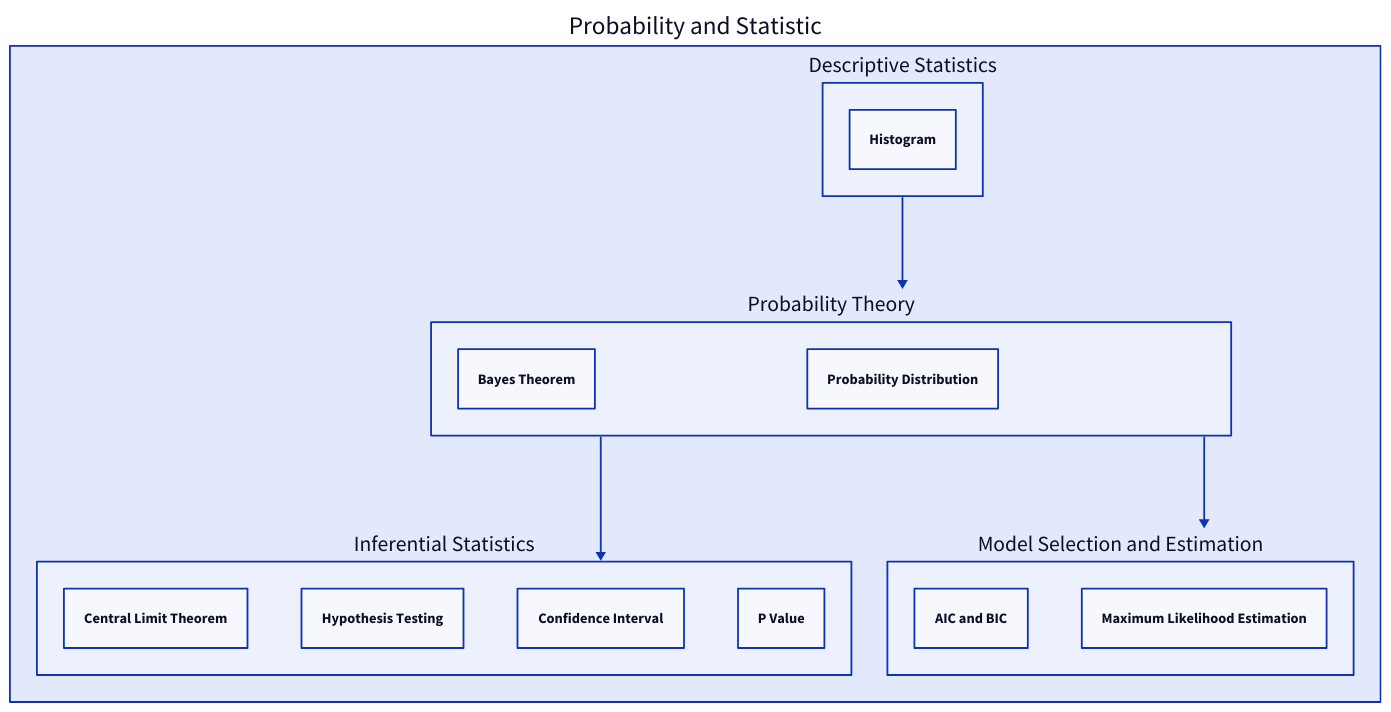
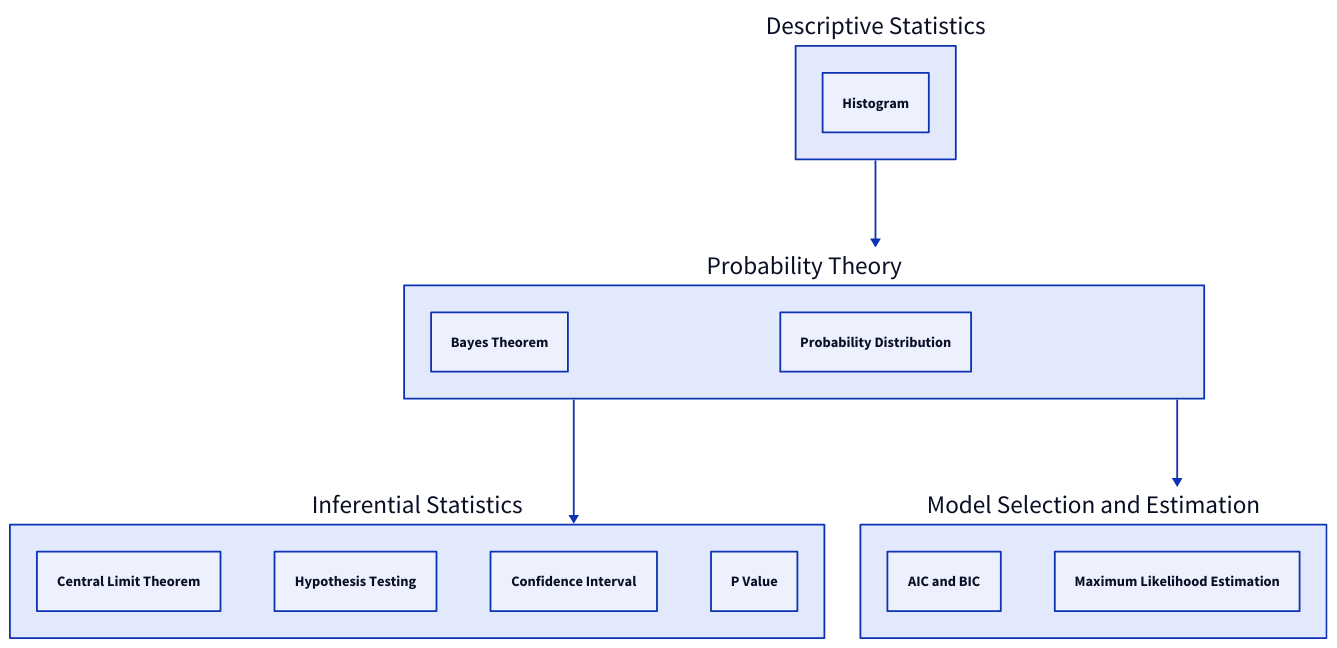
One commit to maycuatroi/blog changed the diagram in blogs/computer-vision-road-map/probability_and_statistic.d2. Above: the diagram before and after it, drawn with D2. The commit also changed other lines of this file and 21 other files, not shown here.

Commit message:
- update roadmap

```diff
--- a/blogs/computer-vision-road-map/probability_and_statistic.d2
+++ b/blogs/computer-vision-road-map/probability_and_statistic.d2
@@ -1,43 +1,41 @@
-probability_and_statistic: {
     label: "Probability and Statistic"
     descriptive_statistics: {
       label: "Descriptive Statistics"
       histogram: "Histogram"
     }
     probability_theory: {
       label: "Probability Theory"
       bayes_theorem: {
         label: "Bayes Theorem"
       }
       probability_distribution: {
         label: "Probability Distribution"
       }
     }
     inferential_statistics: {
       label: "Inferential Statistics"
       central_limit_theorem: {
         label: "Central Limit Theorem"
       }
       hypothesis_testing: {
         label: "Hypothesis Testing"
       }
       confidence_interval: {
         label: "Confidence Interval"
       }
       p_value: {
         label: "P Value"
       }
     }
     model_selection_and_estimation: {
       label: "Model Selection and Estimation"
       AIC_and_BIC: {
         label: "AIC and BIC"
       }
       maximum_likelihood_estimation: {
         label: "Maximum Likelihood Estimation"
       }
     }
     descriptive_statistics -> probability_theory
     probability_theory -> inferential_statistics
     probability_theory -> model_selection_and_estimation
-  }
```
